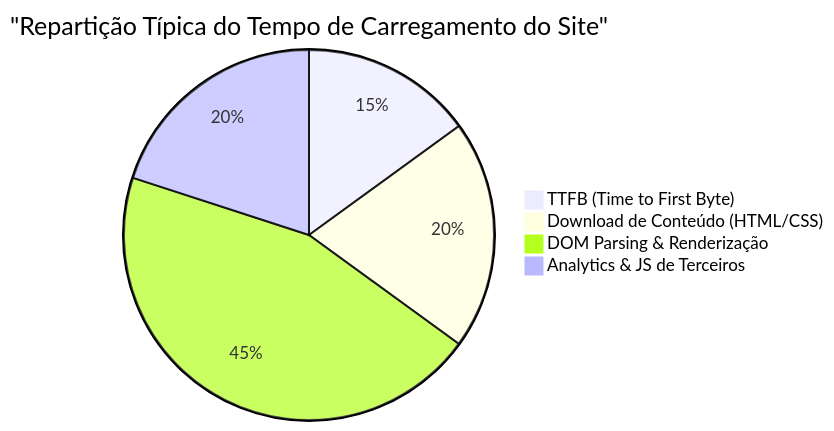
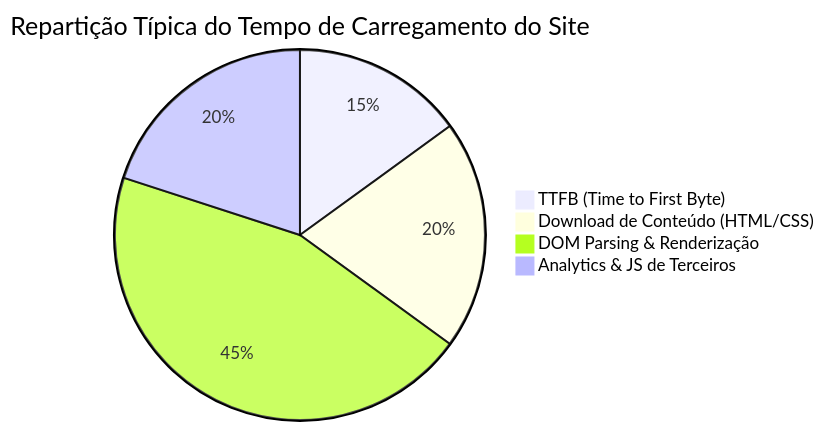
Before and after one commit to kenjinote/blog: the third of 3 diagrams in content/post/hugo_hosting/index.pt.md, drawn with Mermaid. The commit also changed other lines of this file and 703 other files, not shown here.

Commit message:
Fix: Remove quotes from Mermaid link texts and timeline definitions to support Mermaid 11.4.1

````diff
--- a/content/post/hugo_hosting/index.pt.md
+++ b/content/post/hugo_hosting/index.pt.md
@@ -218,7 +218,7 @@
 ```mermaid
-pie title "Repartição Típica do Tempo de Carregamento do Site"
+pie title Repartição Típica do Tempo de Carregamento do Site
     "TTFB (Time to First Byte)" : 15
     "Download de Conteúdo (HTML/CSS)" : 20
     "DOM Parsing & Renderização" : 45
     "Analytics & JS de Terceiros" : 20
 ```
````
